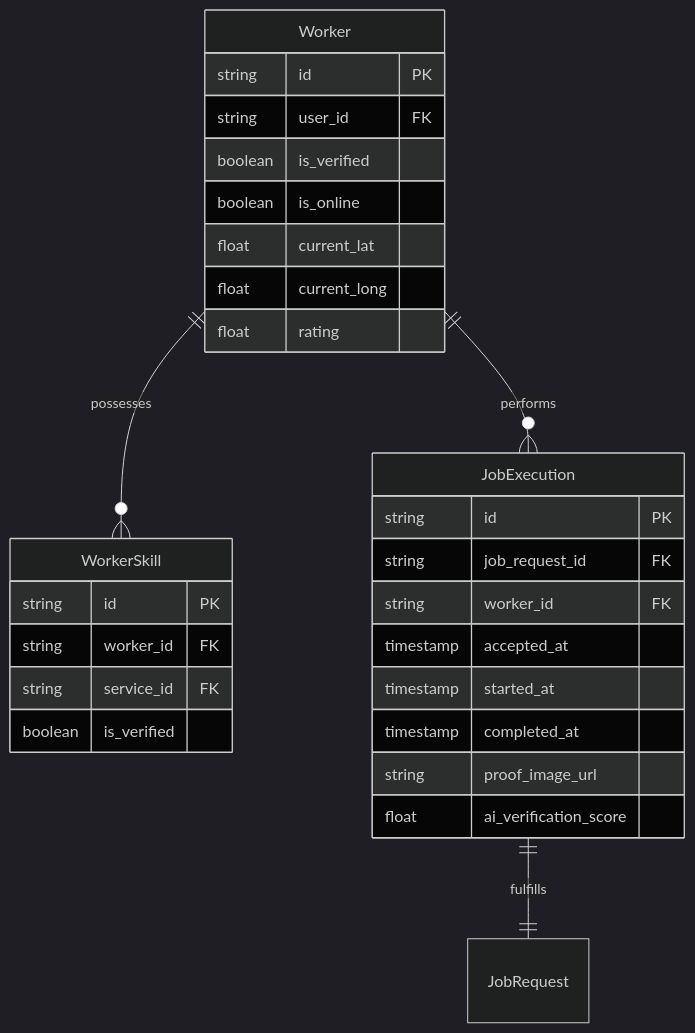
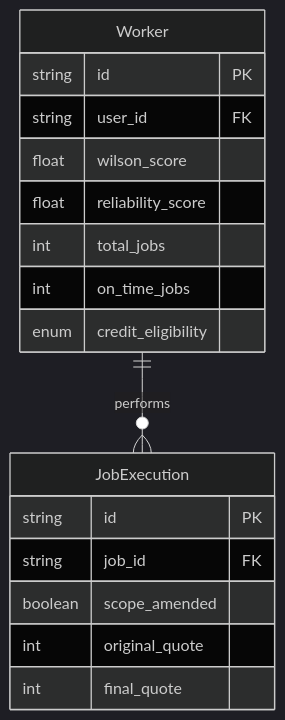
Before and after one commit to Somilg11/oddigo-v2: the second of 2 diagrams in docs_detailed_flows/detailed/ER_DIAGRAMS.md, drawn with Mermaid (dark theme). The commit also changed other lines of this file and 4 other files, not shown here.

````diff
--- a/docs_detailed_flows/detailed/ER_DIAGRAMS.md
+++ b/docs_detailed_flows/detailed/ER_DIAGRAMS.md
@@ -51,34 +52,22 @@
 ```mermaid
 erDiagram
     Worker {
         string id PK
         string user_id FK
-        boolean is_verified
-        boolean is_online
-        float current_lat
-        float current_long
-        float rating
-    }
-
-    WorkerSkill {
-        string id PK
-        string worker_id FK
-        string service_id FK
-        boolean is_verified
+        float wilson_score
+        float reliability_score
+        int total_jobs
+        int on_time_jobs
+        enum credit_eligibility
     }
 
     JobExecution {
         string id PK
-        string job_request_id FK
-        string worker_id FK
-        timestamp accepted_at
-        timestamp started_at
-        timestamp completed_at
-        string proof_image_url
-        float ai_verification_score
+        string job_id FK
+        boolean scope_amended
+        int original_quote
+        int final_quote
     }
 
-    Worker ||--o{ WorkerSkill : possesses
     Worker ||--o{ JobExecution : performs
-    JobExecution ||--|| JobRequest : fulfills
 ```
````
